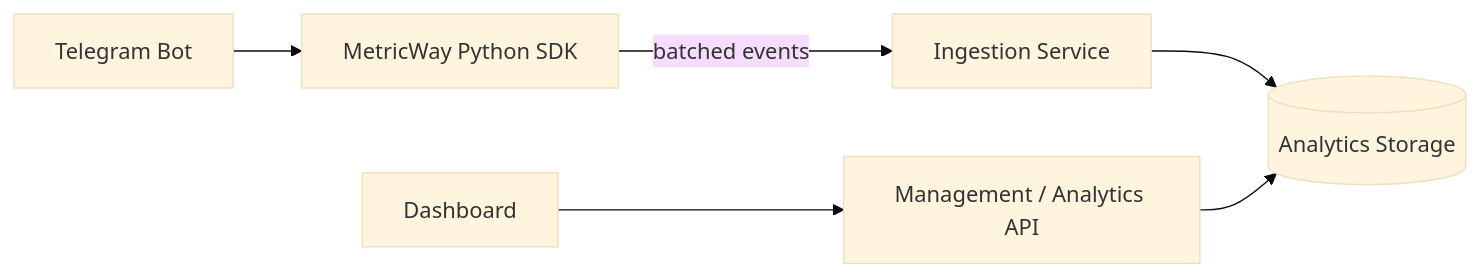
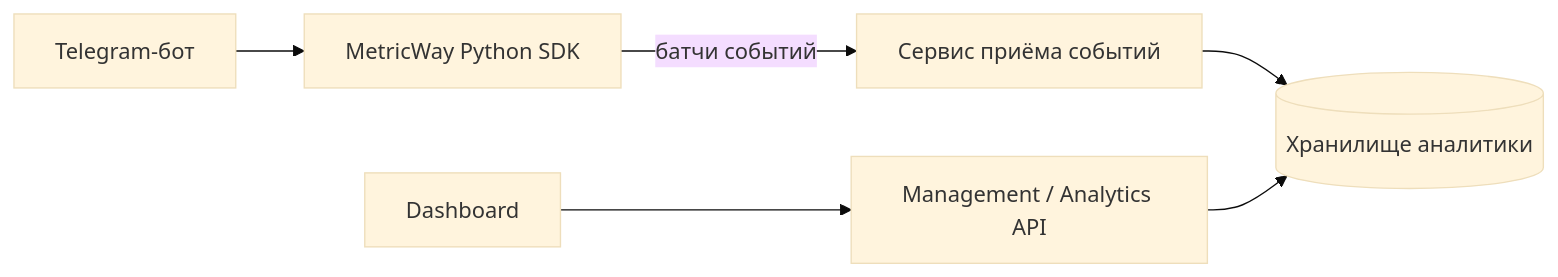
One commit to urlifeceo/metricway-architecture changed the diagram in README.md. Above: the diagram before and after it, drawn with Mermaid (base theme). The commit also changed other lines of this file, not shown here.

Commit message:
docs: translate architecture README to Russian

````diff
--- a/README.md
+++ b/README.md
@@ -9,15 +9,15 @@
 ```mermaid
 flowchart LR
-    BOT[Telegram Bot]
+    BOT[Telegram-бот]
     SDK[MetricWay Python SDK]
-    INGEST[Ingestion Service]
-    ANALYTICS[(Analytics Storage)]
+    INGEST[Сервис приёма событий]
+    ANALYTICS[(Хранилище аналитики)]
     API[Management / Analytics API]
     UI[Dashboard]
 
     BOT --> SDK
-    SDK -->|batched events| INGEST
+    SDK -->|батчи событий| INGEST
     INGEST --> ANALYTICS
     UI --> API
     API --> ANALYTICS
 ```
````
